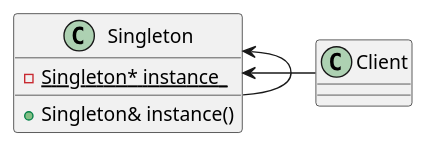
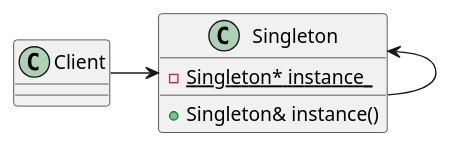
One commit to adam-zhang/PersonalBlogs changed the diagram in Programming/DesignPatterns/Singleton/Singleton.pu. Above: the diagram before and after it, drawn with PlantUML. The commit also changed other lines of this file and 2 other files, not shown here.

Commit message:
the code of singleton is added

```diff
--- a/Programming/DesignPatterns/Singleton/Singleton.pu
+++ b/Programming/DesignPatterns/Singleton/Singleton.pu
@@ -1,13 +1,15 @@
 @startuml
 
 class Client
+
 class Singleton
 {
 	- {static} Singleton* instance_
 	+ Singleton& instance()
 }
 
-Singleton <- Client
+Client -> Singleton 
 Singleton <- Singleton
 
+
 @enduml
```
